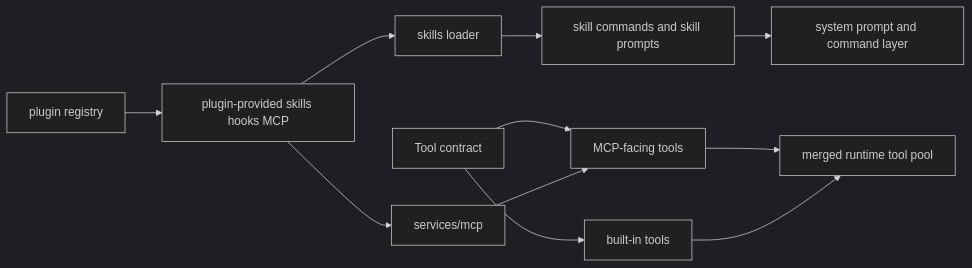
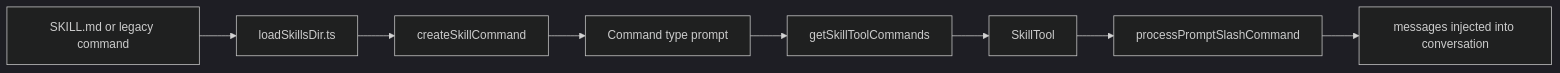
The second of 2 diagrams in MODULES/05-tools-mcp-skills-and-plugins/DEEP/README.md (Boulea7/ClaudeCode-Source-DeepDive), drawn with Mermaid (dark theme) before and after one commit. The commit also changed other lines of this file and 5 other files, not shown here.

````diff
--- a/MODULES/05-tools-mcp-skills-and-plugins/DEEP/README.md
+++ b/MODULES/05-tools-mcp-skills-and-plugins/DEEP/README.md
@@ -166,13 +279,10 @@
 ```mermaid
 flowchart LR
-    A[Tool contract] --> B[built-in tools]
-    A --> C[MCP-facing tools]
-    D[services/mcp] --> C
-    E[skills loader] --> F[skill commands and skill prompts]
-    G[plugin registry] --> H[plugin-provided skills hooks MCP]
-    C --> I[merged runtime tool pool]
-    B --> I
-    F --> J[system prompt and command layer]
-    H --> E
-    H --> D
+    A[SKILL.md or legacy command] --> B[loadSkillsDir.ts]
+    B --> C[createSkillCommand]
+    C --> D[Command type prompt]
+    D --> E[getSkillToolCommands]
+    E --> F[SkillTool]
+    F --> G[processPromptSlashCommand]
+    G --> H[messages injected into conversation]
 ```
````
